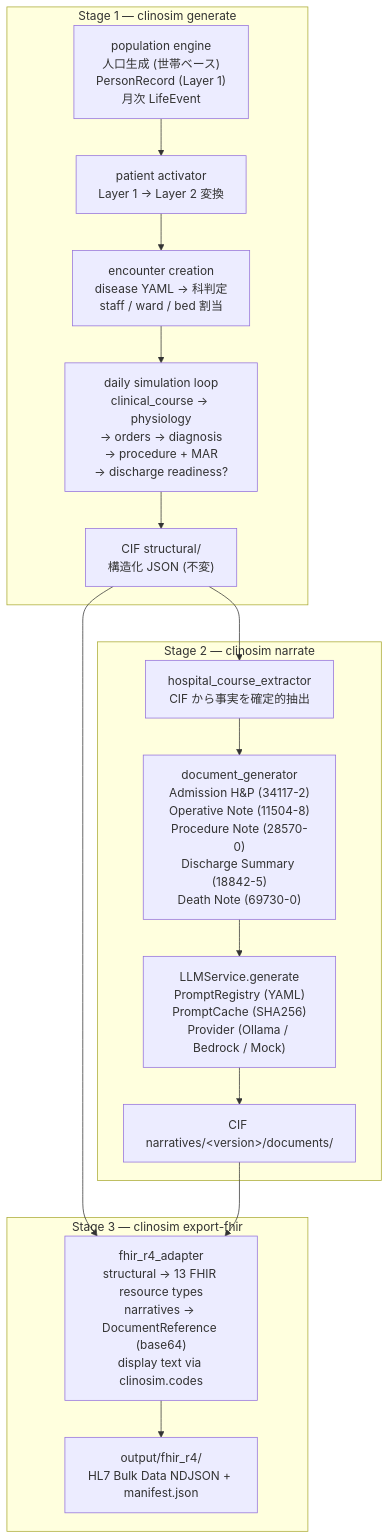
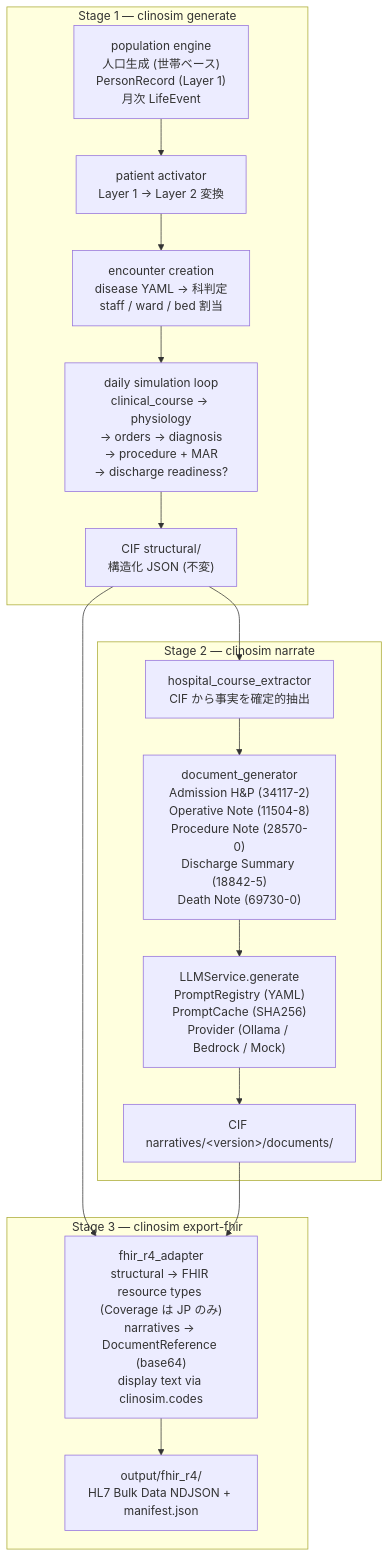
One commit to TomoOkuyama/clinosim changed the first of 2 diagrams in README.ja.md. Above: the diagram before and after it, drawn with Mermaid. The commit also changed other lines of this file and 3 other files, not shown here.

````diff
--- a/README.ja.md
+++ b/README.ja.md
@@ -274,29 +275,29 @@
 ```mermaid
 flowchart TD
     subgraph stage1["Stage 1 — clinosim generate"]
         pop["population engine<br/>人口生成 (世帯ベース)<br/>PersonRecord (Layer 1)<br/>月次 LifeEvent"]
         act["patient activator<br/>Layer 1 → Layer 2 変換"]
         enc["encounter creation<br/>disease YAML → 科判定<br/>staff / ward / bed 割当"]
         loop["daily simulation loop<br/>clinical_course → physiology<br/>→ orders → diagnosis<br/>→ procedure + MAR<br/>→ discharge readiness?"]
         cif_s["CIF structural/<br/>構造化 JSON (不変)"]
         pop --> act --> enc --> loop --> cif_s
     end
 
     subgraph stage2["Stage 2 — clinosim narrate"]
         ext["hospital_course_extractor<br/>CIF から事実を確定的抽出"]
         gen["document_generator<br/>Admission H&P (34117-2)<br/>Operative Note (11504-8)<br/>Procedure Note (28570-0)<br/>Discharge Summary (18842-5)<br/>Death Note (69730-0)"]
         llm["LLMService.generate<br/>PromptRegistry (YAML)<br/>PromptCache (SHA256)<br/>Provider (Ollama / Bedrock / Mock)"]
         cif_n["CIF narratives/&lt;version&gt;/documents/"]
         ext --> gen --> llm --> cif_n
     end
 
     subgraph stage3["Stage 3 — clinosim export-fhir"]
-        adapter["fhir_r4_adapter<br/>structural → 13 FHIR resource types<br/>narratives → DocumentReference (base64)<br/>display text via clinosim.codes"]
+        adapter["fhir_r4_adapter<br/>structural → FHIR resource types (Coverage は JP のみ)<br/>narratives → DocumentReference (base64)<br/>display text via clinosim.codes"]
         fhir["output/fhir_r4/<br/>HL7 Bulk Data NDJSON + manifest.json"]
         adapter --> fhir
     end
 
     cif_s --> ext
     cif_s --> adapter
     cif_n --> adapter
 ```
````
